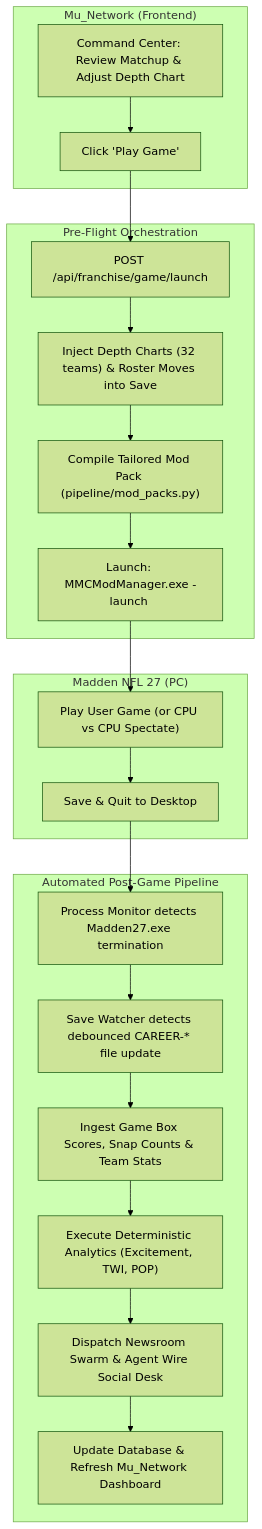
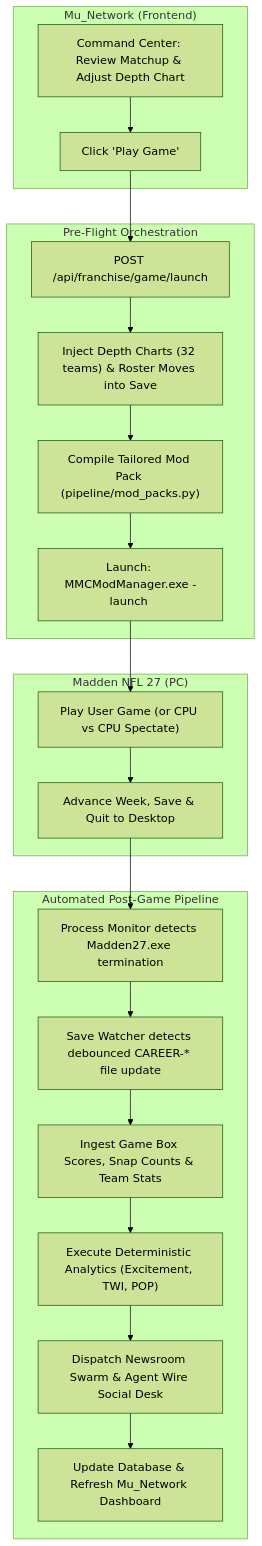
Before and after one commit to jrereyi2000/Project-Mu: the diagram in docs/in_progress/V2_MASTER_PLAN.md, drawn with Mermaid (forest theme). The commit also changed other lines of this file and 1 other file, not shown here.

Commit message:
docs(v2): ingest on the post-advance save (B1 resolved), add boot-to-game stretch exploration

````diff
--- a/docs/in_progress/V2_MASTER_PLAN.md
+++ b/docs/in_progress/V2_MASTER_PLAN.md
@@ -183,27 +183,27 @@
 ```mermaid
 flowchart TD
     subgraph Browser ["Mu_Network (Frontend)"]
         A["Command Center: Review Matchup & Adjust Depth Chart"] --> B["Click 'Play Game'"]
     end
 
     subgraph Pre_Flight ["Pre-Flight Orchestration"]
         B --> C["POST /api/franchise/game/launch"]
         C --> D["Inject Depth Charts (32 teams) & Roster Moves into Save"]
         D --> E["Compile Tailored Mod Pack (pipeline/mod_packs.py)"]
         E --> F["Launch: MMCModManager.exe -launch <pack>"]
     end
 
     subgraph Madden_Game ["Madden NFL 27 (PC)"]
         F --> G["Play User Game (or CPU vs CPU Spectate)"]
-        G --> H["Save & Quit to Desktop"]
+        G --> H["Advance Week, Save & Quit to Desktop"]
     end
 
     subgraph Post_Game ["Automated Post-Game Pipeline"]
         H --> I["Process Monitor detects Madden27.exe termination"]
         I --> J["Save Watcher detects debounced CAREER-* file update"]
         J --> K["Ingest Game Box Scores, Snap Counts & Team Stats"]
         K --> L["Execute Deterministic Analytics (Excitement, TWI, POP)"]
         L --> M["Dispatch Newsroom Swarm & Agent Wire Social Desk"]
         M --> N["Update Database & Refresh Mu_Network Dashboard"]
     end
 ```
````
